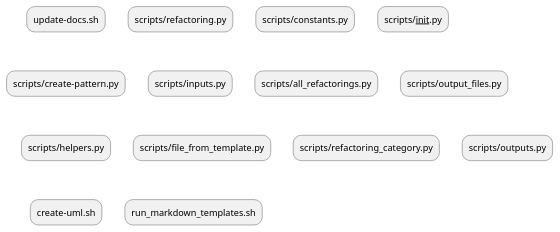
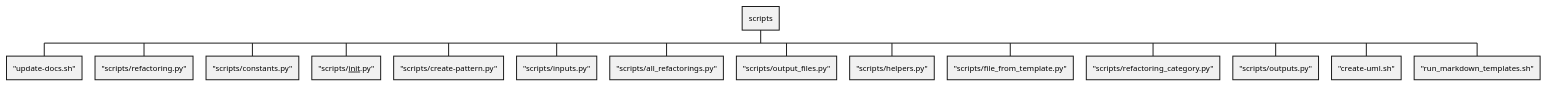
Before and after one commit to claremacrae/RefactoringSamples: the diagram in uml/Scripts/Scripts.puml, drawn with PlantUML.

Commit message:
Try Work Breakdown Structure instead

```diff
--- a/uml/Scripts/Scripts.puml
+++ b/uml/Scripts/Scripts.puml
@@ -1,20 +1,19 @@
-@startuml
+@startwbs
 
-skinparam roundcorner 25
+* scripts
+**  "update-docs.sh"
+**  "scripts/refactoring.py"
+**  "scripts/constants.py"
+**  "scripts/__init__.py"
+**  "scripts/create-pattern.py"
+**  "scripts/inputs.py"
+**  "scripts/all_refactorings.py"
+**  "scripts/output_files.py"
+**  "scripts/helpers.py"
+**  "scripts/file_from_template.py"
+**  "scripts/refactoring_category.py"
+**  "scripts/outputs.py"
+**  "create-uml.sh"
+**  "run_markdown_templates.sh"
 
-rectangle "update-docs.sh"
-rectangle "scripts/refactoring.py"
-rectangle "scripts/constants.py"
-rectangle "scripts/__init__.py"
-rectangle "scripts/create-pattern.py"
-rectangle "scripts/inputs.py"
-rectangle "scripts/all_refactorings.py"
-rectangle "scripts/output_files.py"
-rectangle "scripts/helpers.py"
-rectangle "scripts/file_from_template.py"
-rectangle "scripts/refactoring_category.py"
-rectangle "scripts/outputs.py"
-rectangle "create-uml.sh"
-rectangle "run_markdown_templates.sh"
-
-@enduml
+@endwbs
```
